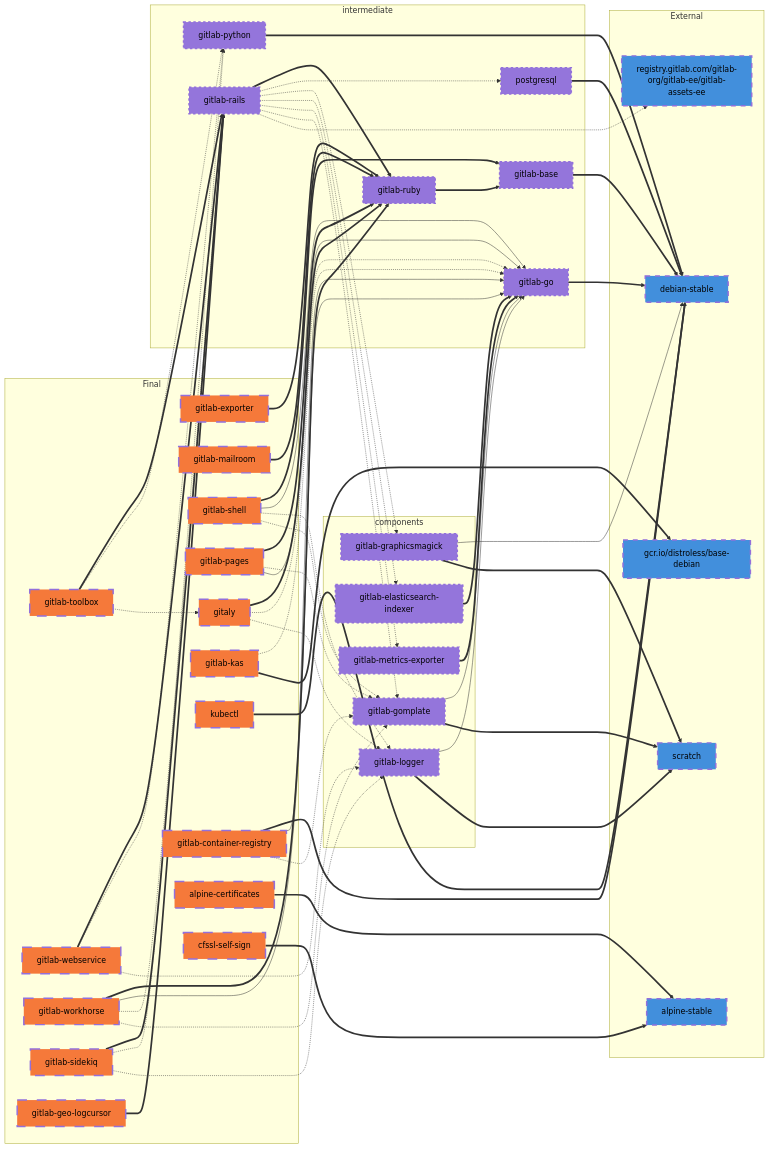
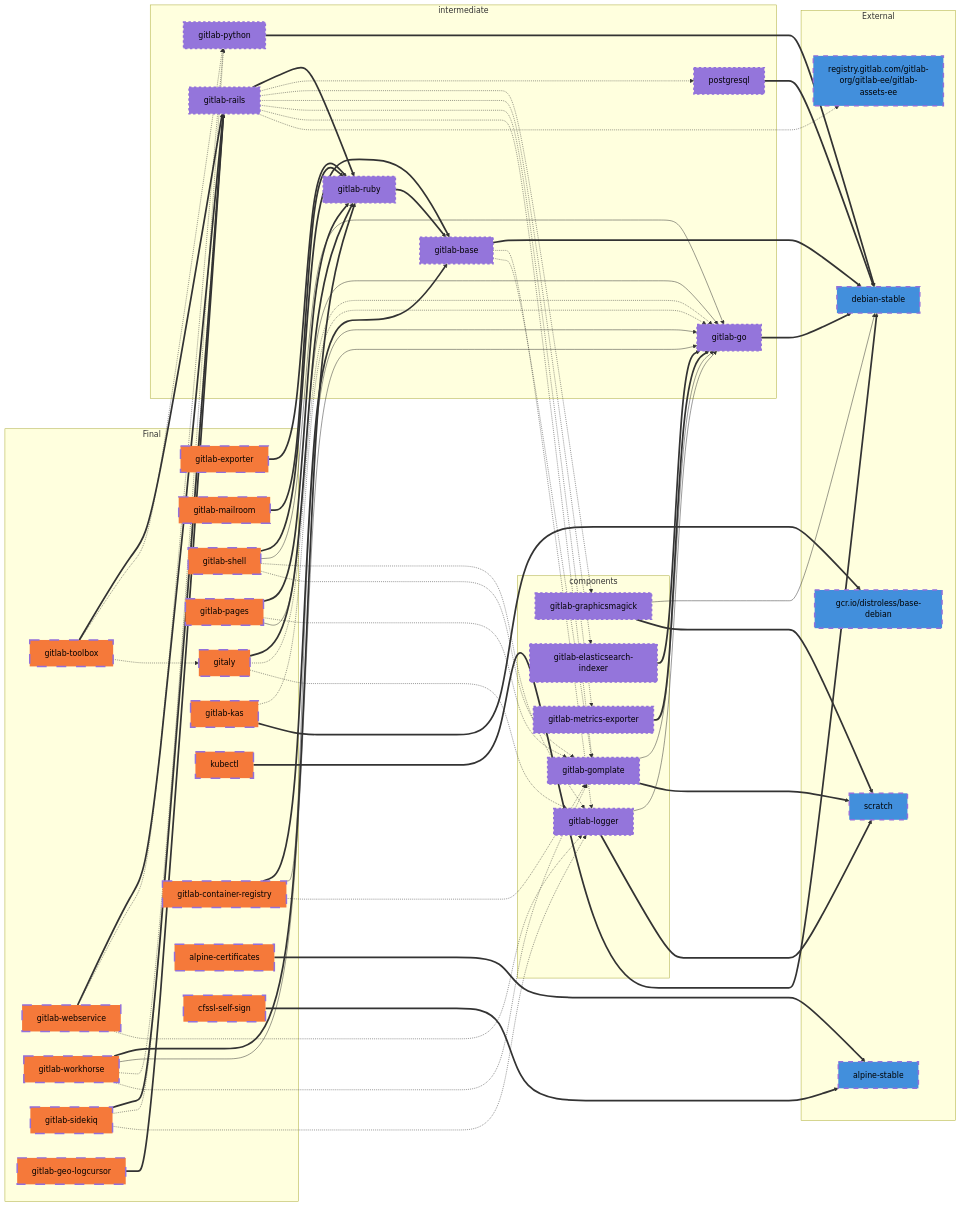
The second of 2 diagrams in docs/build.md (tachyons/gitlab-pages), drawn with Mermaid before and after one commit. The commit also changed other lines of this file and 10 other files, not shown here.

Commit message:
Consolidate shared tools into Debian base image

```diff
--- a/docs/build.md
+++ b/docs/build.md
@@ -481,6 +480,8 @@
 
   gitlab-go==>debian-stable;
   gitlab-base==>debian-stable;
+  gitlab-base-.->gitlab-logger
+  gitlab-base-.->gitlab-gomplate
   gitlab-ruby==>gitlab-base;
 
   postgresql==>debian-stable;
@@ -544,7 +545,7 @@
   gitlab-kas-.->gitlab-go;
   gitlab-kas==>gcr.io/distroless/base-debian
 
-  gitlab-container-registry==>debian-stable
+  gitlab-container-registry==>gitlab-base
   gitlab-container-registry-->gitlab-go
   gitlab-container-registry-.->gitlab-gomplate
 
```
